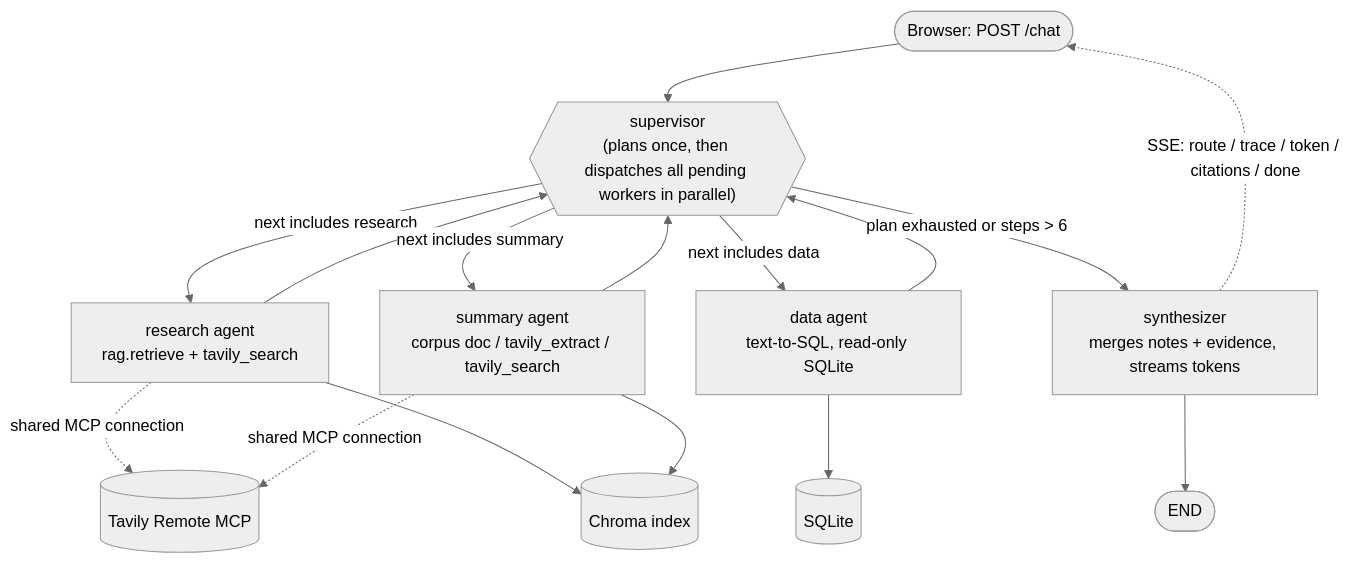
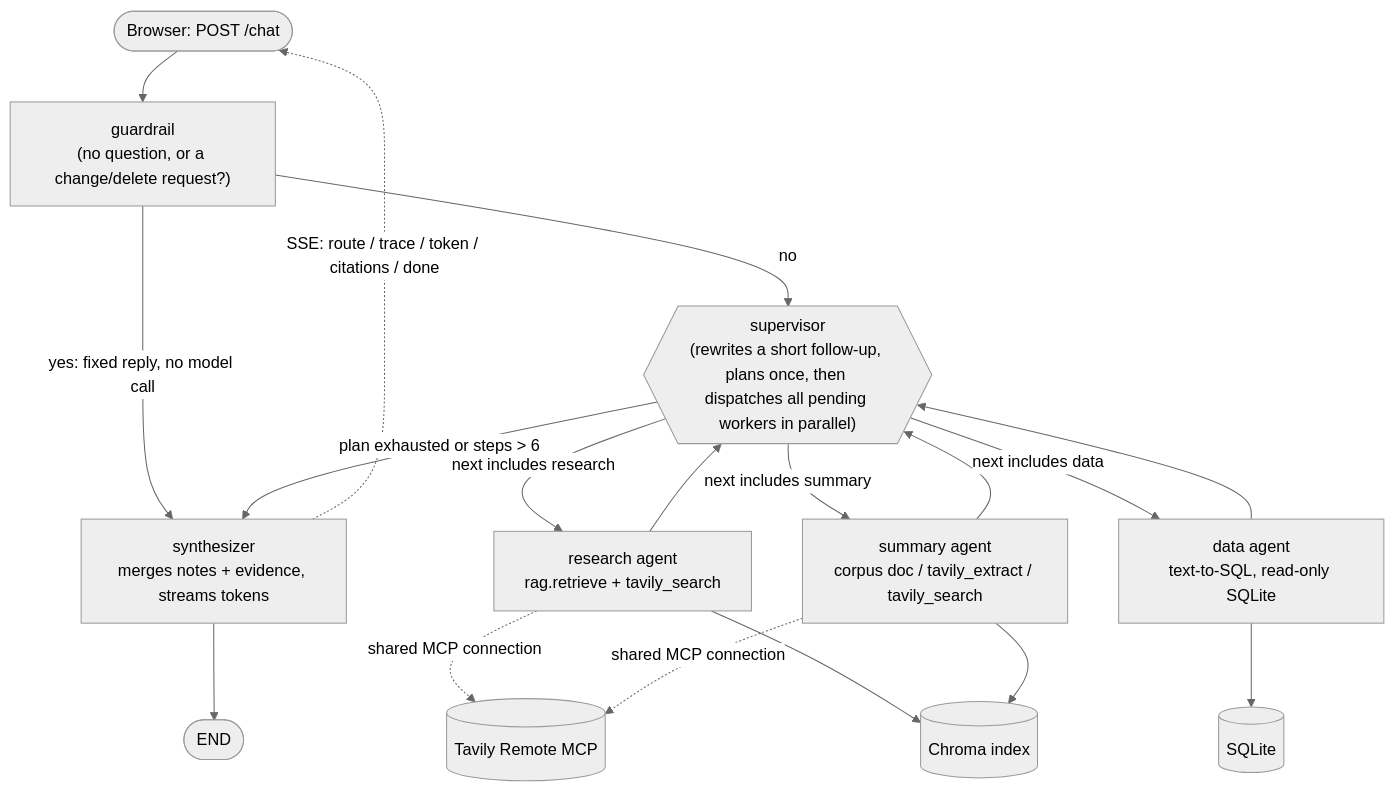
The diagram in docs/architecture.md (Sujendra-23/multi-agent-rag), drawn with Mermaid (neutral theme) before and after one commit. The commit also changed other lines of this file and 2 other files, not shown here.

Commit message:
Docs: routing rows for rewrite and guardrail, final-answer template, diagram guardrail, acceptance-testing section, README behaviour notes

````diff
--- a/docs/architecture.md
+++ b/docs/architecture.md
@@ -7,19 +7,21 @@
 ```mermaid
 flowchart TD
-    U([Browser: POST /chat]) --> S
-    S{{"supervisor<br/>(plans once, then dispatches all pending workers in parallel)"}}
+    U([Browser: POST /chat]) --> G["guardrail<br/>(no question, or a change/delete request?)"]
+    G -->|yes: fixed reply, no model call| Y
+    G -->|no| S
+    S{{"supervisor<br/>(rewrites a short follow-up, plans once, then dispatches all pending workers in parallel)"}}
     S -->|next includes research| R["research agent<br/>rag.retrieve + tavily_search"]
     S -->|next includes summary| M["summary agent<br/>corpus doc / tavily_extract / tavily_search"]
     S -->|next includes data| D["data agent<br/>text-to-SQL, read-only SQLite"]
     R --> S
     M --> S
     D --> S
     S -->|plan exhausted or steps &gt; 6| Y["synthesizer<br/>merges notes + evidence, streams tokens"]
     Y --> E([END])
     Y -. SSE: route / trace / token / citations / done .-> U
     R -. shared MCP connection .-> T[(Tavily Remote MCP)]
     M -. shared MCP connection .-> T
     R --> V[(Chroma index)]
     M --> V
     D --> Q[(SQLite)]
 ```
````
